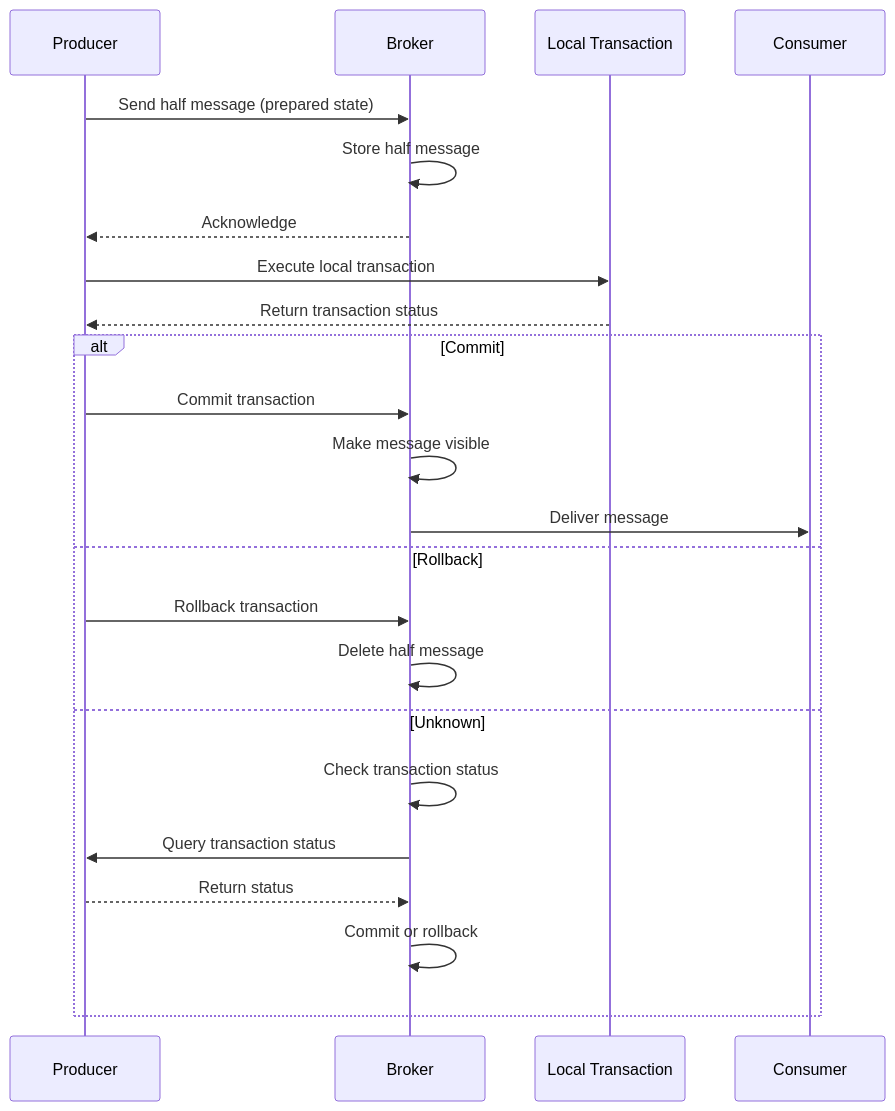
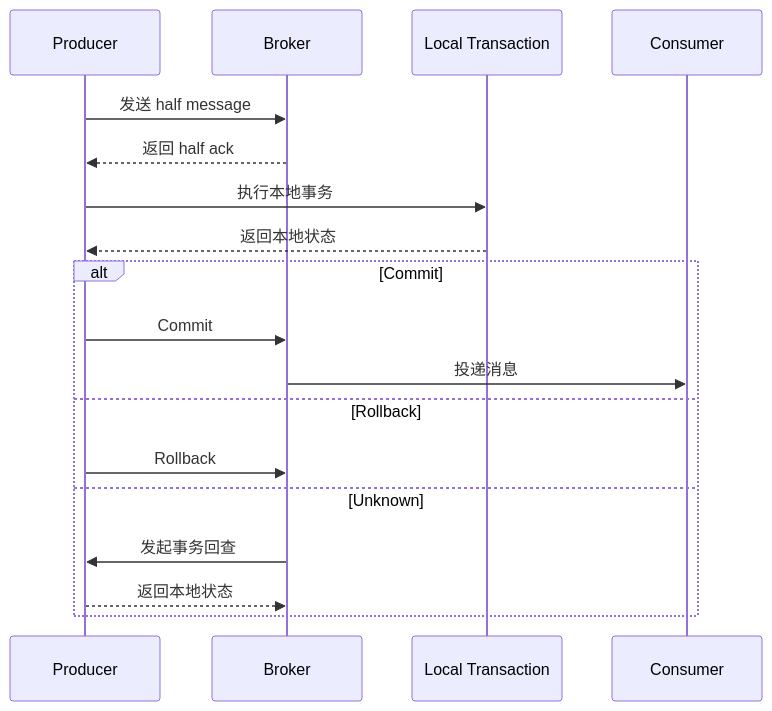
The diagram in rocketmq-website/i18n/zh-CN/docusaurus-plugin-content-docs/current/producer/transaction-messages.md (mxsm/rocketmq-rust), drawn with Mermaid before and after one commit. The commit also changed other lines of this file and 40 other files, not shown here.

````diff
--- a/rocketmq-website/i18n/zh-CN/docusaurus-plugin-content-docs/current/producer/transaction-messages.md
+++ b/rocketmq-website/i18n/zh-CN/docusaurus-plugin-content-docs/current/producer/transaction-messages.md
@@ -20,28 +20,22 @@
 ```mermaid
 sequenceDiagram
     participant P as Producer
     participant B as Broker
     participant L as Local Transaction
     participant C as Consumer
 
-    P->>B: Send half message (prepared state)
-    B->>B: Store half message
-    B-->>P: Acknowledge
-
-    P->>L: Execute local transaction
-    L-->>P: Return transaction status
+    P->>B: 发送 half message
+    B-->>P: 返回 half ack
+    P->>L: 执行本地事务
+    L-->>P: 返回本地状态
 
     alt Commit
-        P->>B: Commit transaction
-        B->>B: Make message visible
-        B->>C: Deliver message
+        P->>B: Commit
+        B->>C: 投递消息
     else Rollback
-        P->>B: Rollback transaction
-        B->>B: Delete half message
+        P->>B: Rollback
     else Unknown
-        B->>B: Check transaction status
-        B->>P: Query transaction status
-        P-->>B: Return status
-        B->>B: Commit or rollback
+        B->>P: 发起事务回查
+        P-->>B: 返回本地状态
     end
 ```
````
